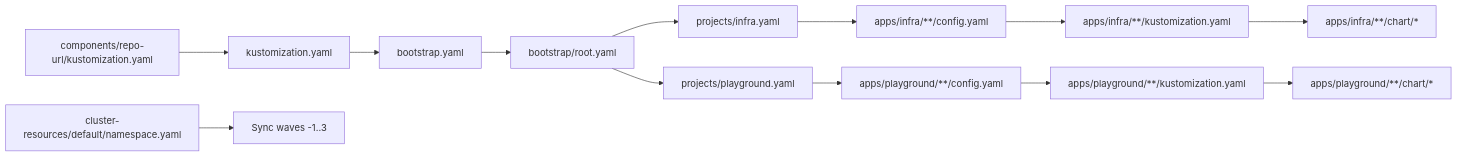
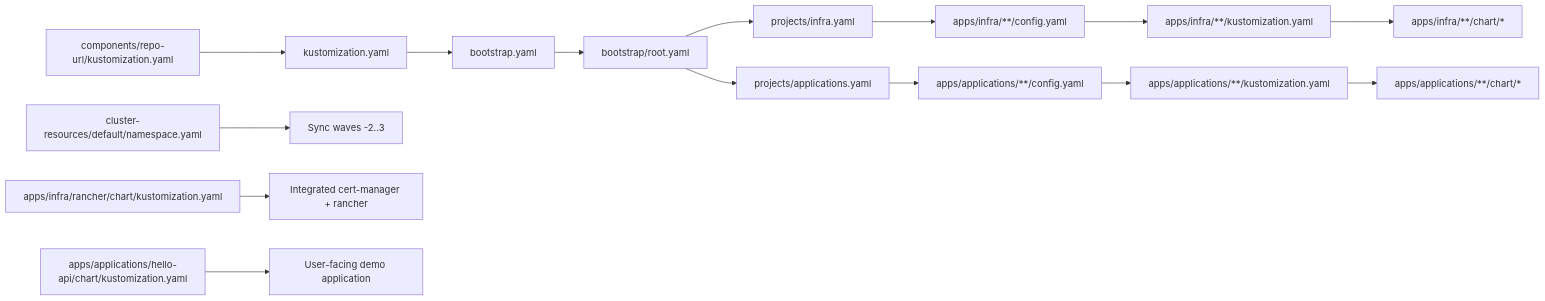
Before and after one commit to Hoangvu75/k8s_manifest: the third of 3 diagrams in .qoder/repowiki/en/content/Application Configuration/Application Structure and Organization.md, drawn with Mermaid. The commit also changed other lines of this file and 24 other files, not shown here.

First line of the commit message:
feat: add tcp-demo and udp-demo apps for Traefik TCP/UDP routing

````diff
--- a/.qoder/repowiki/en/content/Application Configuration/Application Structure and Organization.md
+++ b/.qoder/repowiki/en/content/Application Configuration/Application Structure and Organization.md
@@ -289,15 +328,17 @@
 ```mermaid
 graph LR
 RepoURL["components/repo-url/kustomization.yaml"] --> RootKs["kustomization.yaml"]
 RootKs --> BootstrapApp["bootstrap.yaml"]
 BootstrapApp --> RootApp["bootstrap/root.yaml"]
 RootApp --> ProjInfra["projects/infra.yaml"]
-RootApp --> ProjPlay["projects/playground.yaml"]
+RootApp --> ProjApps["projects/applications.yaml"]
 ProjInfra --> InfraApps["apps/infra/**/config.yaml"]
-ProjPlay --> PlayApps["apps/playground/**/config.yaml"]
+ProjApps --> AppApps["apps/applications/**/config.yaml"]
 InfraApps --> InfraKs["apps/infra/**/kustomization.yaml"]
-PlayApps --> PlayKs["apps/playground/**/kustomization.yaml"]
+AppApps --> AppKs["apps/applications/**/kustomization.yaml"]
 InfraKs --> ChartInfra["apps/infra/**/chart/*"]
-PlayKs --> ChartPlay["apps/playground/**/chart/*"]
-NS["cluster-resources/default/namespace.yaml"] --> Waves["Sync waves -1..3"]
+AppKs --> ChartApps["apps/applications/**/chart/*"]
+NS["cluster-resources/default/namespace.yaml"] --> Waves["Sync waves -2..3"]
+Rancher["apps/infra/rancher/chart/kustomization.yaml"] --> CertManager["Integrated cert-manager + rancher"]
+HelloAPI["apps/applications/hello-api/chart/kustomization.yaml"] --> DemoApp["User-facing demo application"]
 ```
````
